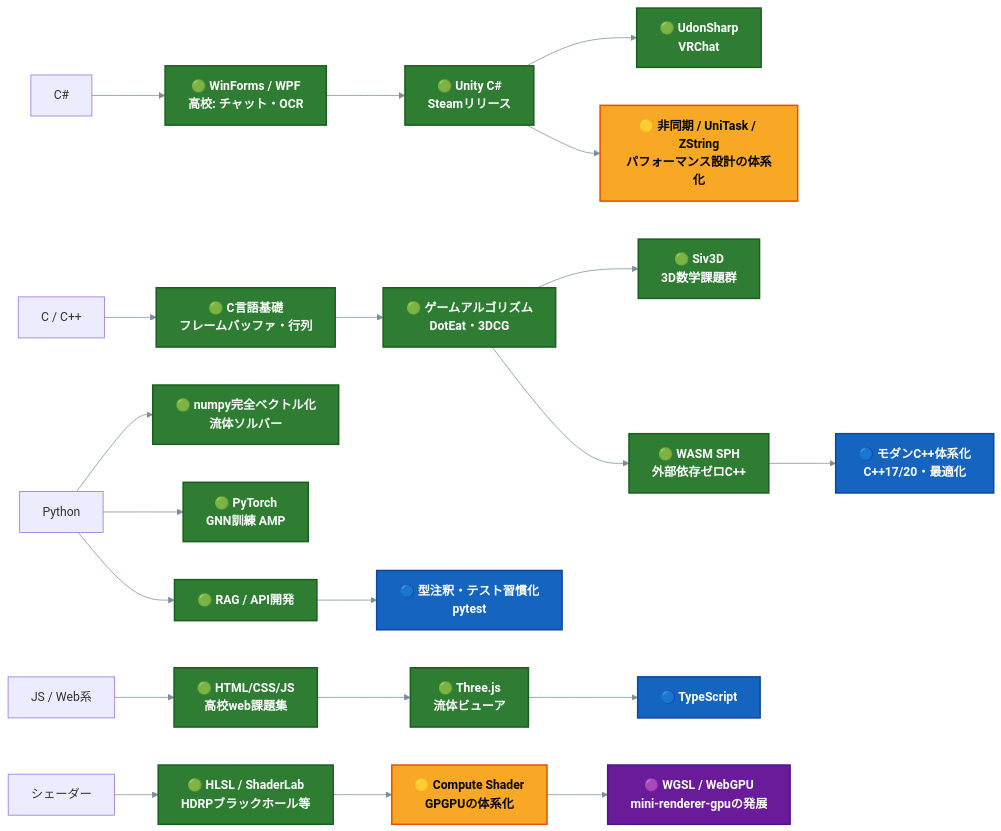
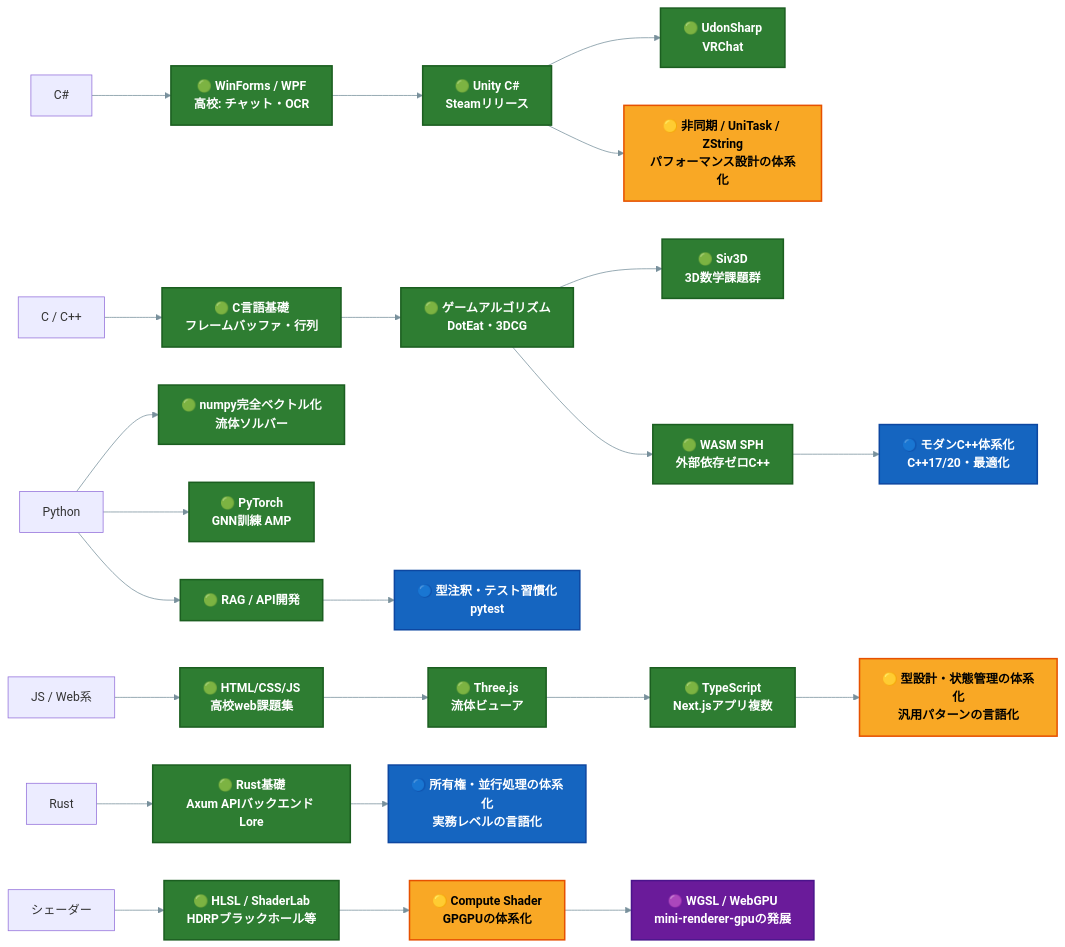
One commit to manato1201/manato1201 changed the fourth of 15 diagrams in README.md. Above: the diagram before and after it, drawn with Mermaid. The commit also changed other lines of this file, not shown here.

Commit message:
Update README with new projects and timeline adjustments

````diff
--- a/README.md
+++ b/README.md
@@ -161,32 +173,36 @@
 ```mermaid
 %%{init: {'themeVariables': {'primaryColor':'#37474f','primaryTextColor':'#ffffff','primaryBorderColor':'#263238','lineColor':'#78909c','fontSize':'16px'}}}%%
 flowchart LR
     CS[C#] --> CS1[🟢 WinForms / WPF<br>高校: チャット・OCR]:::done
     CS1 --> CS2[🟢 Unity C#<br>Steamリリース]:::done
     CS2 --> CS3[🟢 UdonSharp<br>VRChat]:::done
     CS2 --> CS4[🟡 非同期 / UniTask / ZString<br>パフォーマンス設計の体系化]:::review
 
     CPP[C / C++] --> CP1[🟢 C言語基礎<br>フレームバッファ・行列]:::done
     CP1 --> CP2[🟢 ゲームアルゴリズム<br>DotEat・3DCG]:::done
     CP2 --> CP3[🟢 Siv3D<br>3D数学課題群]:::done
     CP2 --> CP4[🟢 WASM SPH<br>外部依存ゼロC++]:::done
     CP4 --> CP5[🔵 モダンC++体系化<br>C++17/20・最適化]:::next
 
     PY[Python] --> PY1[🟢 numpy完全ベクトル化<br>流体ソルバー]:::done
     PY --> PY2[🟢 PyTorch<br>GNN訓練 AMP]:::done
     PY --> PY3[🟢 RAG / API開発]:::done
     PY3 --> PY4[🔵 型注釈・テスト習慣化<br>pytest]:::next
 
     WEBL[JS / Web系] --> JS1[🟢 HTML/CSS/JS<br>高校web課題集]:::done
     JS1 --> JS2[🟢 Three.js<br>流体ビューア]:::done
-    JS2 --> JS3[🔵 TypeScript]:::next
+    JS2 --> JS3[🟢 TypeScript<br>Next.jsアプリ複数]:::done
+    JS3 --> JS4[🟡 型設計・状態管理の体系化<br>汎用パターンの言語化]:::review
+
+    RS[Rust] --> RS1[🟢 Rust基礎<br>Axum APIバックエンド Lore]:::done
+    RS1 --> RS2[🔵 所有権・並行処理の体系化<br>実務レベルの言語化]:::next
 
     SH[シェーダー] --> SH1[🟢 HLSL / ShaderLab<br>HDRPブラックホール等]:::done
     SH1 --> SH2[🟡 Compute Shader<br>GPGPUの体系化]:::review
     SH2 --> SH3[🟣 WGSL / WebGPU<br>mini-renderer-gpuの発展]:::adv
 
     classDef done fill:#2e7d32,stroke:#1b5e20,stroke-width:2px,color:#ffffff,font-weight:bold
     classDef review fill:#f9a825,stroke:#e65100,stroke-width:2px,color:#000000,font-weight:bold
     classDef next fill:#1565c0,stroke:#0d47a1,stroke-width:2px,color:#ffffff,font-weight:bold
     classDef adv fill:#6a1b9a,stroke:#4a148c,stroke-width:2px,color:#ffffff,font-weight:bold
 ```
````
